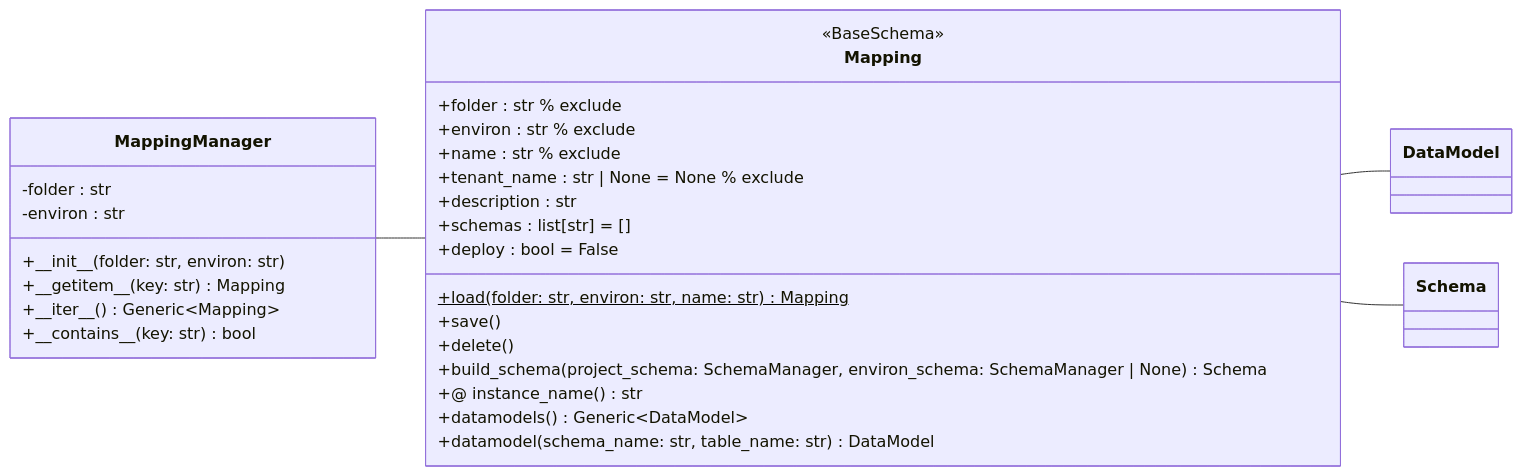
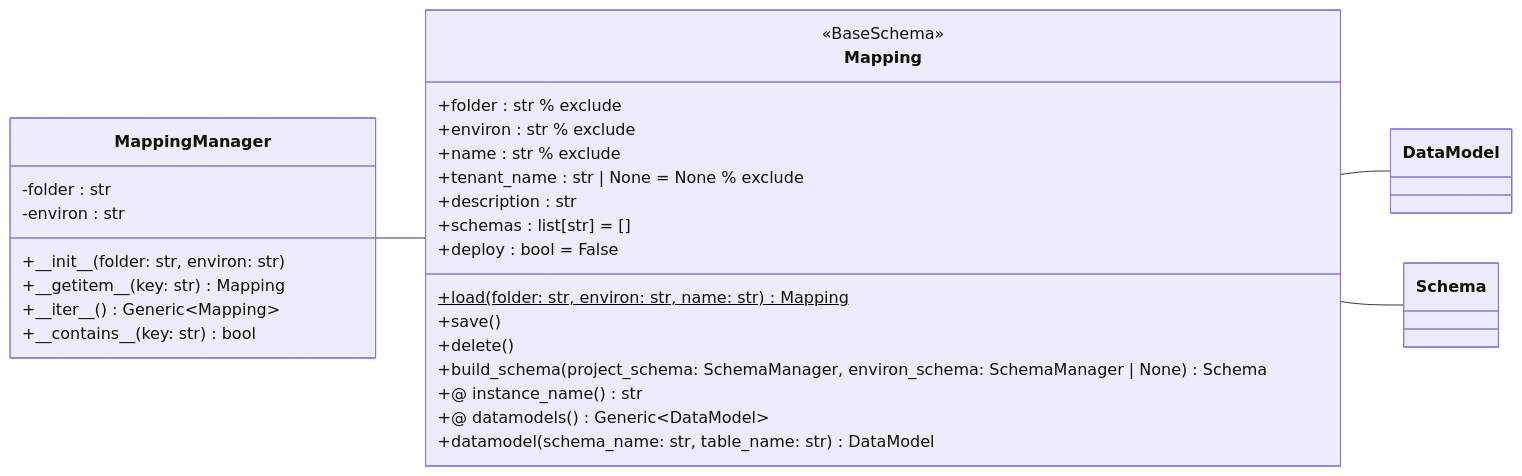
The diagram in docs/spec_mapping.md (tamuto/dbgear), drawn with Mermaid before and after one commit. The commit also changed 94 other files, not shown here.

````diff
--- a/docs/spec_mapping.md
+++ b/docs/spec_mapping.md
@@ -30,40 +30,40 @@
 ```mermaid
 classDiagram
     direction LR
 
     class Mapping {
         <<BaseSchema>>
         +folder : str % exclude
         +environ : str % exclude
         +name : str % exclude
         +tenant_name : str | None = None % exclude
         +description : str
         +schemas : list[str] = []
         +deploy : bool = False
 
         +load(folder: str, environ: str, name: str) Mapping$
 
         +save()
         +delete()
         +build_schema(project_schema: SchemaManager, environ_schema: SchemaManager | None) Schema
 
         +@ instance_name() str
-        +datamodels() Generic~DataModel~
+        +@ datamodels() Generic~DataModel~
         +datamodel(schema_name: str, table_name: str) DataModel
     }
 
     Mapping -- DataModel
     Mapping -- Schema
 
     class MappingManager {
         -folder : str
         -environ : str
 
         +\_\_init__(folder: str, environ: str)
         +\_\_getitem__(key: str) Mapping
         +\_\_iter__() Generic~Mapping~
         +\_\_contains__(key: str) bool
     }
 
     MappingManager -- Mapping
 ```
````
